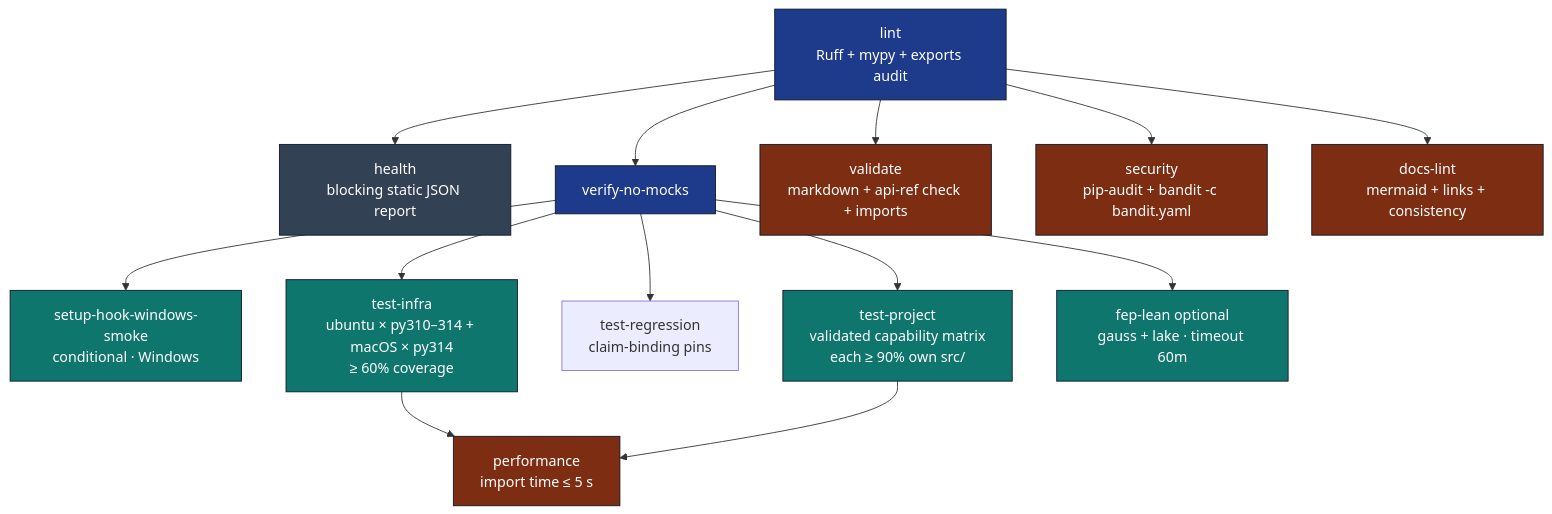
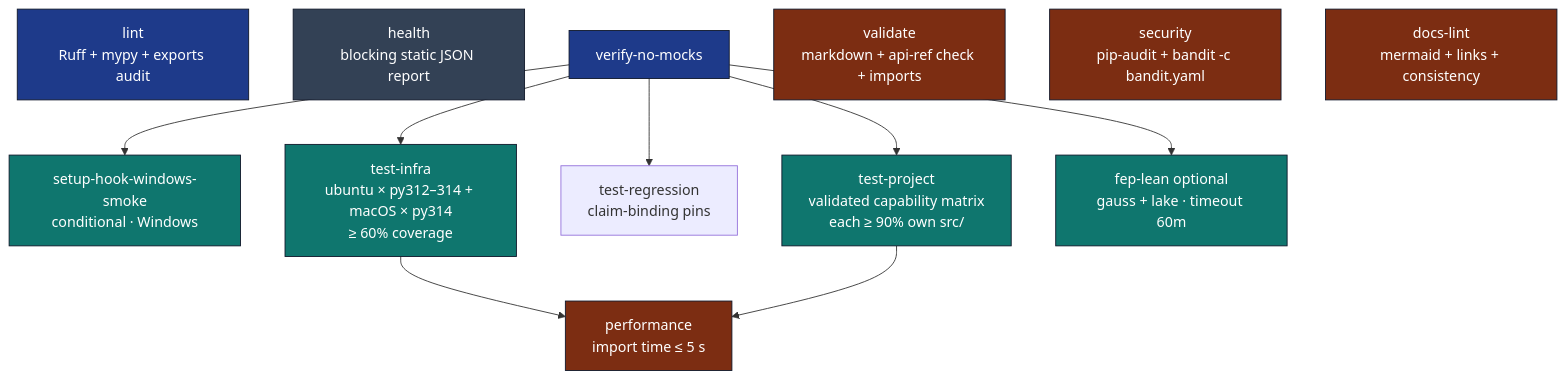
Before and after one commit to docxology/template: the diagram in .github/workflows/README.md, drawn with Mermaid. The commit also changed other lines of this file and 1600 other files, not shown here.

````diff
--- a/.github/workflows/README.md
+++ b/.github/workflows/README.md
@@ -22,24 +22,25 @@
 ```mermaid
 flowchart TB
-    LINT[lint<br/>Ruff + mypy + exports audit] --> HEALTH[health<br/>blocking static JSON report]
-    LINT --> VNM[verify-no-mocks]
-    LINT --> VAL[validate<br/>markdown + api-ref check + imports]
-    LINT --> SEC[security<br/>pip-audit + bandit -c bandit.yaml]
-    LINT --> DL[docs-lint<br/>mermaid + links + consistency]
+    LINT[lint<br/>Ruff + mypy + exports audit]
+    HEALTH[health<br/>blocking static JSON report]
+    VNM[verify-no-mocks]
+    VAL[validate<br/>markdown + api-ref check + imports]
+    SEC[security<br/>pip-audit + bandit -c bandit.yaml]
+    DL[docs-lint<br/>mermaid + links + consistency]
     VNM --> SHW[setup-hook-windows-smoke<br/>conditional · Windows]
-    VNM --> TI[test-infra<br/>ubuntu × py310–314 + macOS × py314<br/>≥ 60% coverage]
+    VNM --> TI[test-infra<br/>ubuntu × py312–314 + macOS × py314<br/>≥ 60% coverage]
     VNM --> TR[test-regression<br/>claim-binding pins]
     VNM --> TP[test-project<br/>validated capability matrix<br/>each ≥ 90% own src/]
     VNM --> FL[fep-lean optional<br/>gauss + lake · timeout 60m]
     TI --> PERF[performance<br/>import time ≤ 5 s]
     TP --> PERF
 
     classDef gate fill:#1e3a8a,stroke:#0f172a,color:#fff
     classDef matrix fill:#0f766e,stroke:#0f172a,color:#fff
     classDef terminal fill:#7c2d12,stroke:#0f172a,color:#fff
     classDef info fill:#334155,stroke:#0f172a,color:#fff
     class LINT,VNM gate
     class TI,TP,FL,SHW matrix
     class VAL,SEC,DL,PERF terminal
     class HEALTH info
 ```
````
